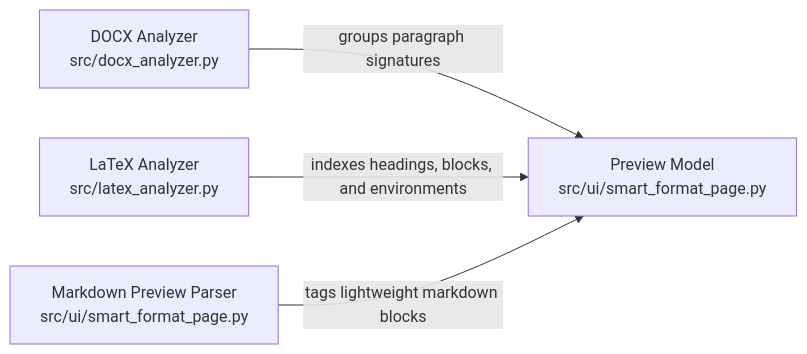
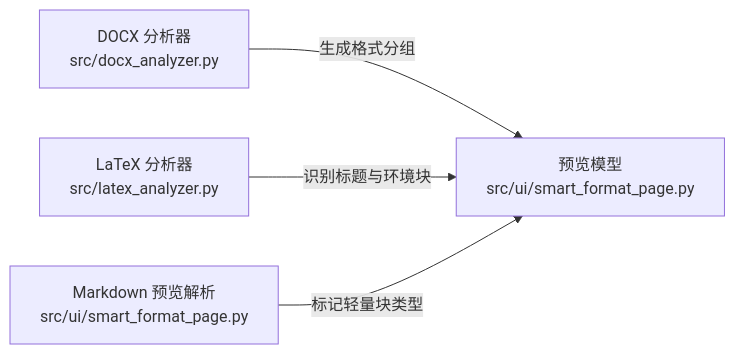
Before and after one commit to rayL-K/ToDOCX: the diagram in .omm/overall-architecture/analysis-layer/diagram.mmd, drawn with Mermaid. The commit also changed 14 other files, not shown here.

Commit message:
将 omm 图面标签切换为中文

```diff
--- a/.omm/overall-architecture/analysis-layer/diagram.mmd
+++ b/.omm/overall-architecture/analysis-layer/diagram.mmd
@@ -1,7 +1,7 @@
 graph LR
-    docx-analyzer["DOCX Analyzer\nsrc/docx_analyzer.py"]
-    docx-analyzer -->|"groups paragraph signatures"| preview-model["Preview Model\nsrc/ui/smart_format_page.py"]
-    latex-analyzer["LaTeX Analyzer\nsrc/latex_analyzer.py"]
-    latex-analyzer -->|"indexes headings, blocks, and environments"| preview-model
-    markdown-preview["Markdown Preview Parser\nsrc/ui/smart_format_page.py"]
-    markdown-preview -->|"tags lightweight markdown blocks"| preview-model
+    docx-analyzer["DOCX 分析器\nsrc/docx_analyzer.py"]
+    docx-analyzer -->|"生成格式分组"| preview-model["预览模型\nsrc/ui/smart_format_page.py"]
+    latex-analyzer["LaTeX 分析器\nsrc/latex_analyzer.py"]
+    latex-analyzer -->|"识别标题与环境块"| preview-model
+    markdown-preview["Markdown 预览解析\nsrc/ui/smart_format_page.py"]
+    markdown-preview -->|"标记轻量块类型"| preview-model
```
